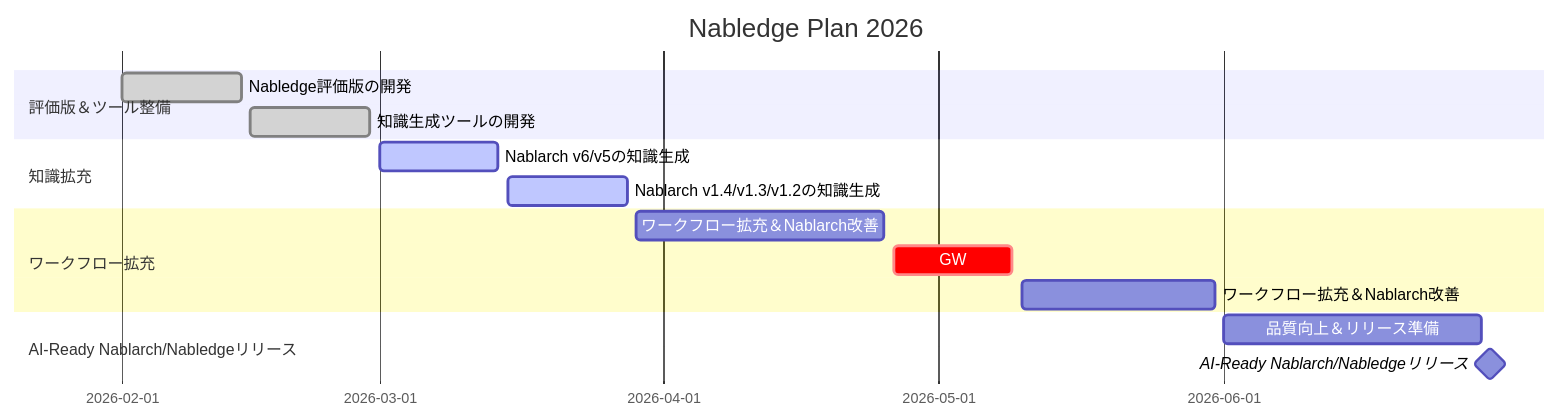
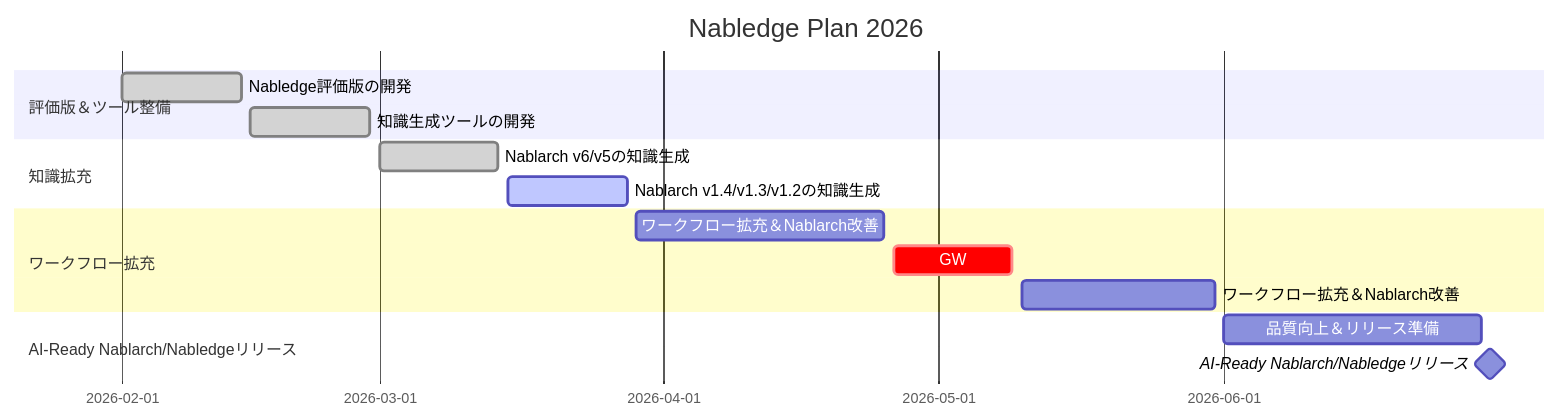
The diagram in docs/development-status.md (nablarch/nabledge-dev), drawn with Mermaid before and after one commit.

Commit message:
docs: mark Nablarch v6/v5 knowledge generation as done

````diff
--- a/docs/development-status.md
+++ b/docs/development-status.md
@@ -19,22 +19,22 @@
 ```mermaid
 gantt
     title Nabledge Plan 2026
     dateFormat YYYY-MM-DD
 
     section 評価版＆ツール整備
     Nabledge評価版の開発             :done, 2026-02-01, 2026-02-14
     知識生成ツールの開発             :done, 2026-02-15, 2026-02-28
 
     section 知識拡充
-    Nablarch v6/v5の知識生成        :active, 2026-03-01, 2026-03-14
+    Nablarch v6/v5の知識生成        :done, 2026-03-01, 2026-03-14
     Nablarch v1.4/v1.3/v1.2の知識生成 :active, 2026-03-15, 2026-03-28
 
     section ワークフロー拡充
     ワークフロー拡充＆Nablarch改善    :2026-03-29, 2026-04-25
     GW                             :crit, 2026-04-26, 2026-05-09
     ワークフロー拡充＆Nablarch改善    :2026-05-10, 2026-05-31
 
     section AI-Ready Nablarch/Nabledgeリリース
     品質向上＆リリース準備                        :2026-06-01, 2026-06-29
     AI-Ready Nablarch/Nabledgeリリース          :milestone, 2026-06-30, 0d
 ```
````
